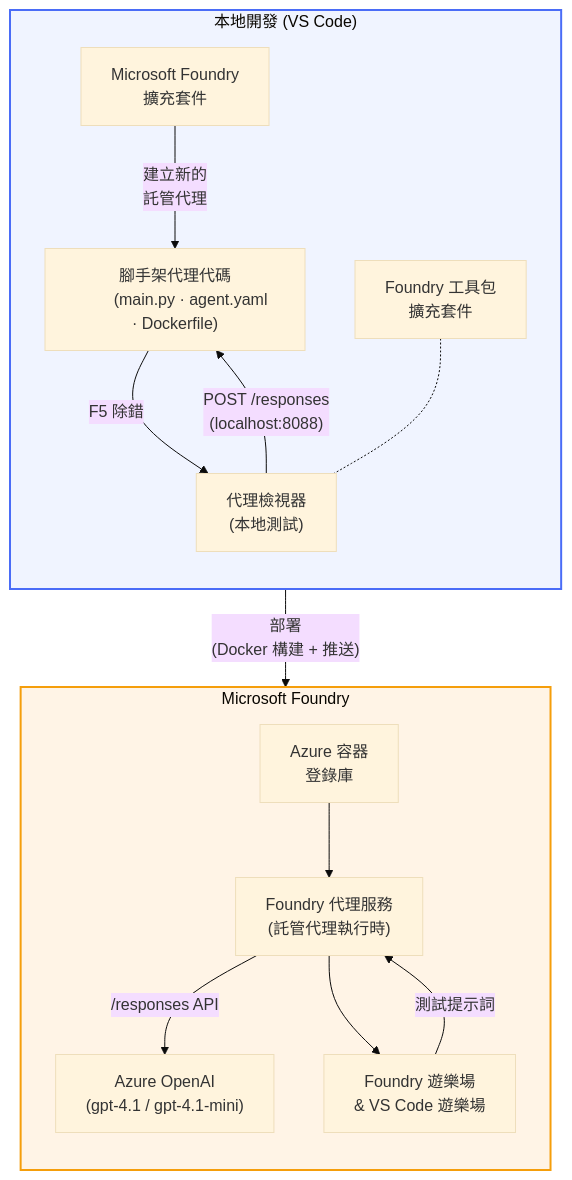
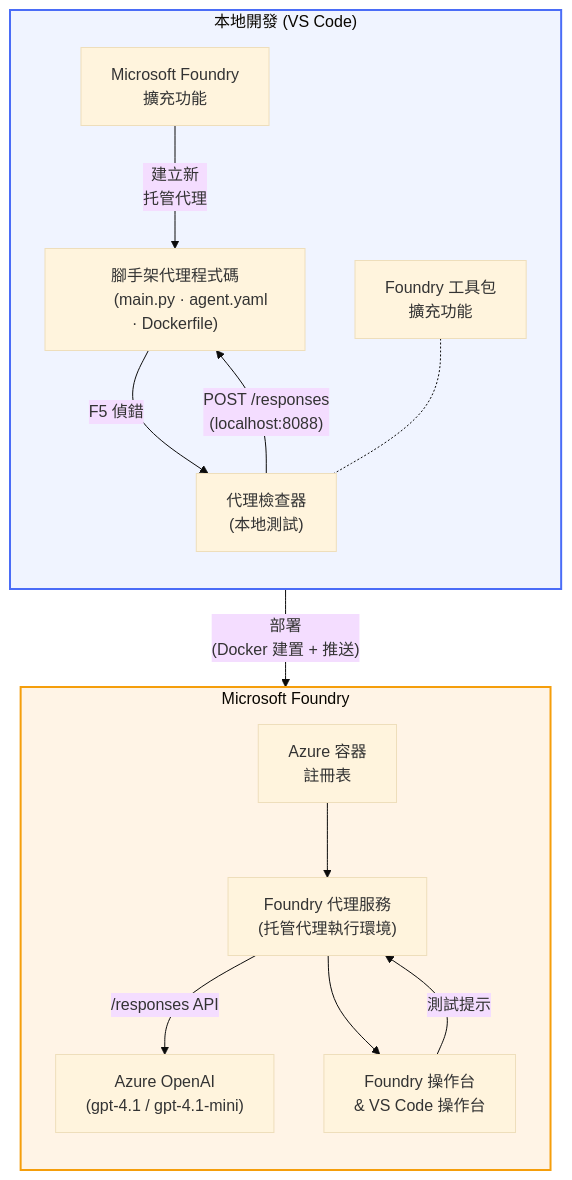
Before and after one commit to microsoft-foundry/Foundry_Toolkit_for_VSCode_Lab: the diagram in translations/zh-MO/README.md, drawn with Mermaid (base theme). The commit also changed other lines of this file and 110 other files, not shown here.

````diff
--- a/translations/zh-MO/README.md
+++ b/translations/zh-MO/README.md
@@ -48,42 +52,42 @@
 ```mermaid
 flowchart TB
     subgraph Local["本地開發 (VS Code)"]
         direction TB
         FE["Microsoft Foundry
-        擴充套件"]
+        擴充功能"]
         FoundryToolkit["Foundry 工具包
-        擴充套件"]
-        Scaffold["腳手架代理代碼
+        擴充功能"]
+        Scaffold["腳手架代理程式碼
         (main.py · agent.yaml · Dockerfile)"]
-        Inspector["代理檢視器
+        Inspector["代理檢查器
         (本地測試)"]
-        FE -- "建立新的
-        託管代理" --> Scaffold
-        Scaffold -- "F5 除錯" --> Inspector
+        FE -- "建立新
+        托管代理" --> Scaffold
+        Scaffold -- "F5 偵錯" --> Inspector
         FoundryToolkit -.- Inspector
     end
 
     subgraph Cloud["Microsoft Foundry"]
         direction TB
         ACR["Azure 容器
-        登錄庫"]
+        註冊表"]
         AgentService["Foundry 代理服務
-        (託管代理執行時)"]
+        (托管代理執行環境)"]
         Model["Azure OpenAI
         (gpt-4.1 / gpt-4.1-mini)"]
-        Playground["Foundry 遊樂場
-        & VS Code 遊樂場"]
+        Playground["Foundry 操作台
+        & VS Code 操作台"]
         ACR --> AgentService
         AgentService -- "/responses API" --> Model
         AgentService --> Playground
     end
 
     Scaffold -- "部署
-    (Docker 構建 + 推送)" --> ACR
+    (Docker 建置 + 推送)" --> ACR
     Inspector -- "POST /responses
     (localhost:8088)" --> Scaffold
-    Playground -- "測試提示詞" --> AgentService
+    Playground -- "測試提示" --> AgentService
 
     style Local fill:#f0f4ff,stroke:#4a6cf7,stroke-width:2px
     style Cloud fill:#fff4e6,stroke:#f59e0b,stroke-width:2px
 ```
````
